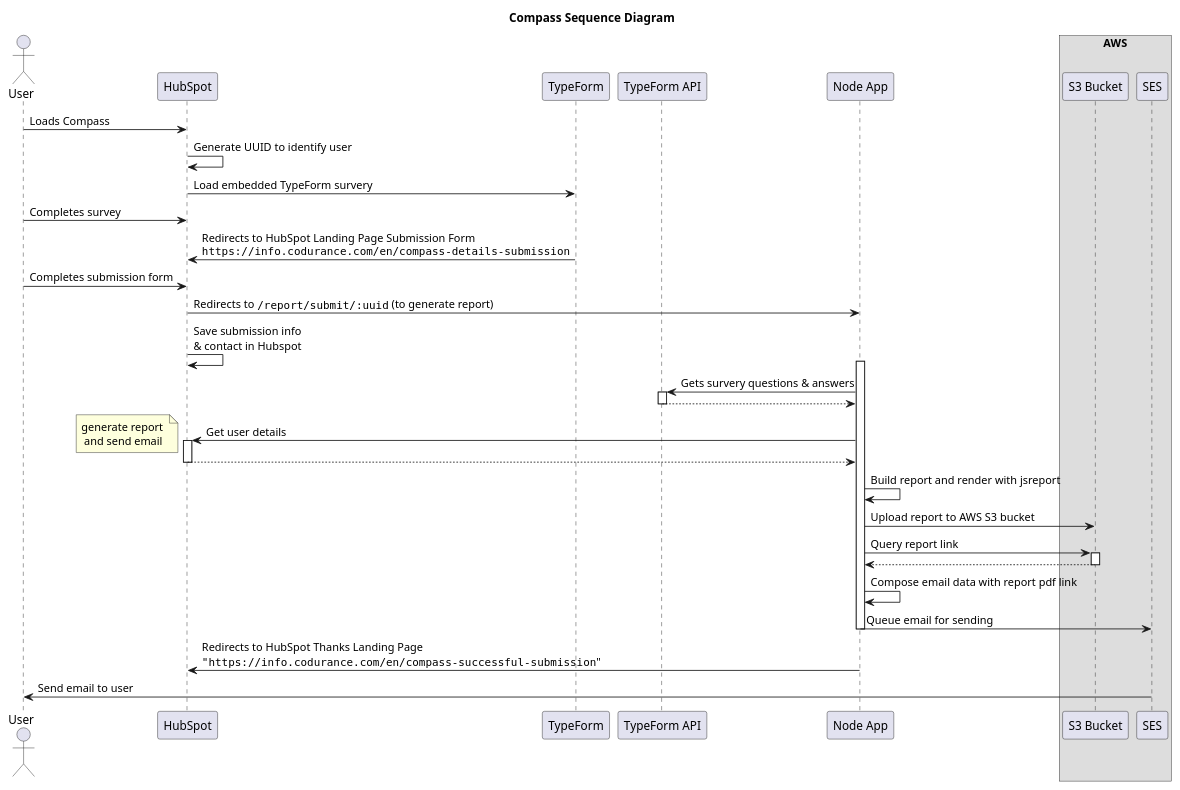
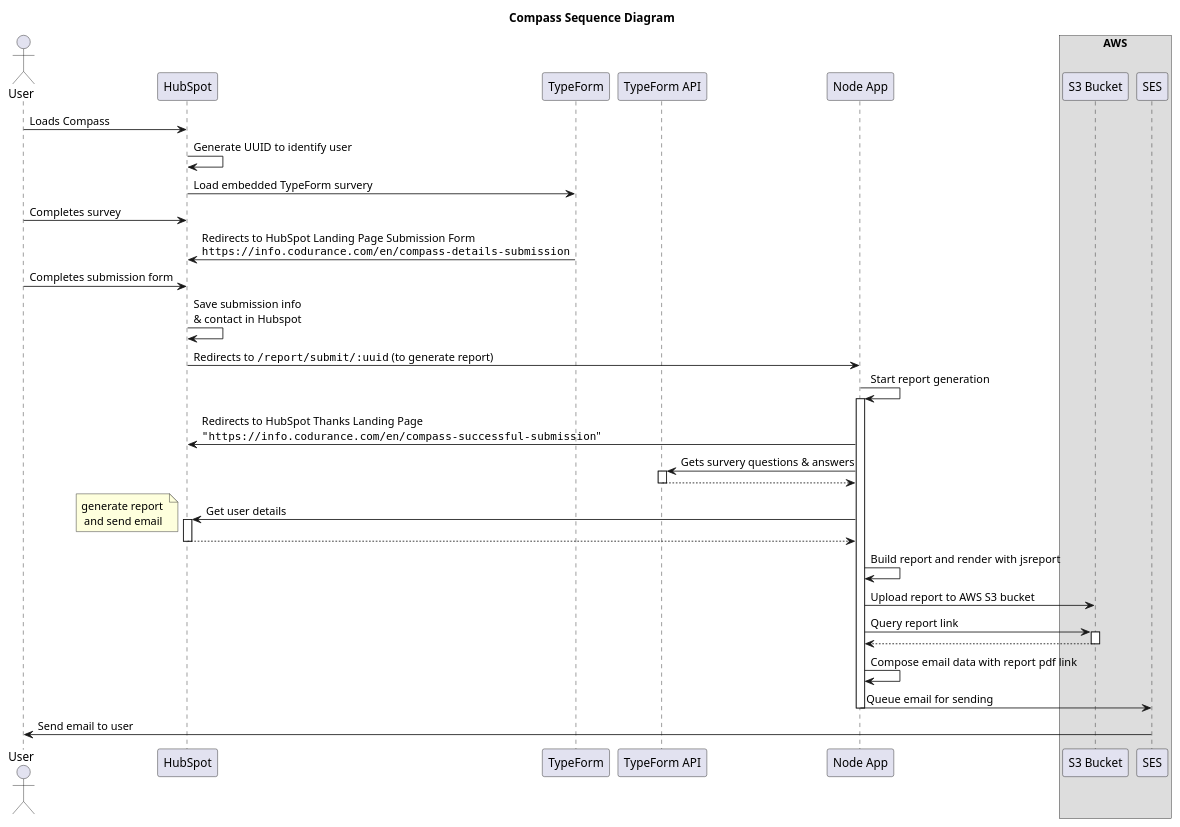
One commit to codurance/soft-mod-compass changed the diagram in docs/diagrams/src/sequence-diagram.puml. Above: the diagram before and after it, drawn with PlantUML. The commit also changed 1 other file, not shown here.

Commit message:
Update and generate sequence diagram with suggested feedback

```diff
--- a/docs/diagrams/src/sequence-diagram.puml
+++ b/docs/diagrams/src/sequence-diagram.puml
@@ -1,43 +1,44 @@
 @startuml
 skinparam BoxPadding 10
 title Compass Sequence Diagram
 
 actor "User"
 participant "HubSpot"
 participant "TypeForm" as TypeForm
 participant "TypeForm API" as TypeFormApi
 participant "Node App" as NodeApp
 box AWS
 participant "S3 Bucket" as s3
 participant "SES"
 end box
 User -> HubSpot: Loads Compass
 HubSpot -> HubSpot: Generate UUID to identify user
 HubSpot -> TypeForm: Load embedded TypeForm survery
 User -> HubSpot: Completes survey
 TypeForm -> HubSpot: Redirects to HubSpot Landing Page Submission Form\n""https://info.codurance.com/en/compass-details-submission""
 User -> HubSpot: Completes submission form
+HubSpot -> HubSpot: Save submission info \n& contact in Hubspot
 NodeApp <- HubSpot: Redirects to ""/report/submit/:uuid"" (to generate report)
-HubSpot -> HubSpot: Save submission info \n& contact in Hubspot
+NodeApp -> NodeApp: Start report generation
 activate NodeApp
+NodeApp -> HubSpot: Redirects to HubSpot Thanks Landing Page\n"""https://info.codurance.com/en/compass-successful-submission"""
 NodeApp -> TypeFormApi: Gets survery questions & answers
 activate TypeFormApi
 NodeApp <--TypeFormApi
 deactivate TypeFormApi
 NodeApp -> HubSpot: Get user details
-note left: generate report \n and send email 
+note left: generate report \n and send email
 activate HubSpot
 NodeApp <-- HubSpot
 deactivate HubSpot
 NodeApp -> NodeApp: Build report and render with jsreport
 NodeApp -> s3: Upload report to AWS S3 bucket
 NodeApp -> s3: Query report link
 activate s3
 NodeApp <-- s3:
 deactivate s3
 NodeApp -> NodeApp: Compose email data with report pdf link
 NodeApp -> SES: Queue email for sending
 deactivate NodeApp
-NodeApp -> HubSpot: Redirects to HubSpot Thanks Landing Page\n"""https://info.codurance.com/en/compass-successful-submission"""
 SES -> User: Send email to user
 @enduml
```
